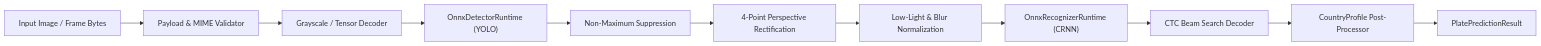
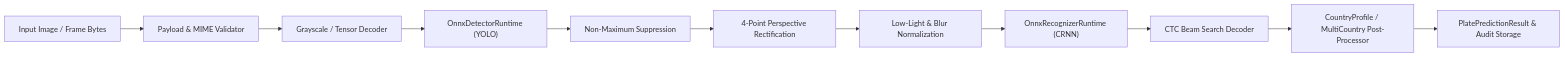
Before and after one commit to Bor-Code/Plate-Vision: the first of 3 diagrams in docs/architecture.md, drawn with Mermaid. The commit also changed other lines of this file and 3 other files, not shown here.

Commit message:
docs: update architecture, serving endpoints, CLI workflows, and multi-country coverage

````diff
--- a/docs/architecture.md
+++ b/docs/architecture.md
@@ -7,13 +7,13 @@
 ```mermaid
 flowchart LR
     A["Input Image / Frame Bytes"] --> B["Payload & MIME Validator"]
     B --> C["Grayscale / Tensor Decoder"]
     C --> D["OnnxDetectorRuntime (YOLO)"]
     D --> E["Non-Maximum Suppression"]
     E --> F["4-Point Perspective Rectification"]
     F --> G["Low-Light & Blur Normalization"]
     G --> H["OnnxRecognizerRuntime (CRNN)"]
     H --> I["CTC Beam Search Decoder"]
-    I --> J["CountryProfile Post-Processor"]
-    J --> K["PlatePredictionResult"]
+    I --> J["CountryProfile / MultiCountry Post-Processor"]
+    J --> K["PlatePredictionResult & Audit Storage"]
 ```
````
